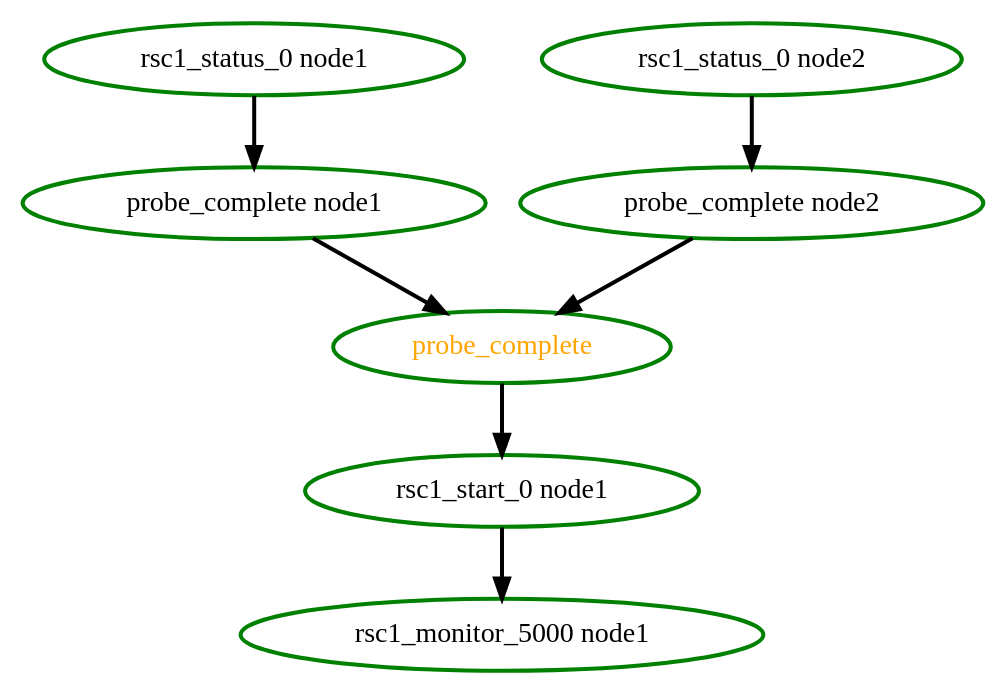
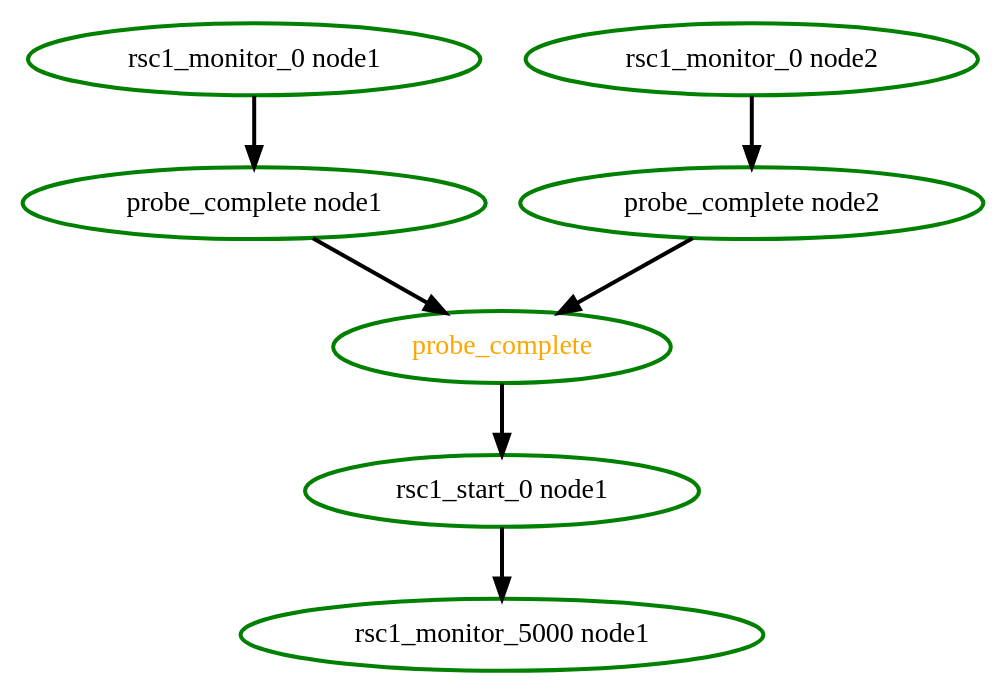
Before and after one commit to richiewen8/heartbeat: the diagram in crm/pengine/testcases/mon-rsc-1.dot, drawn with Graphviz. The commit also changed 147 other files, not shown here.

First line of the commit message:
s/status_0/monitor_0/

```diff
--- a/crm/pengine/testcases/mon-rsc-1.dot
+++ b/crm/pengine/testcases/mon-rsc-1.dot
@@ -1,16 +1,16 @@
 digraph "g" {
 	size = "30,30"
 "probe_complete" [ style=bold color="green" fontcolor="orange" ]
 "probe_complete node1" [ style=bold color="green" fontcolor="black" ]
-"rsc1_status_0 node1" [ style=bold color="green" fontcolor="black" ]
+"rsc1_monitor_0 node1" [ style=bold color="green" fontcolor="black" ]
 "probe_complete node2" [ style=bold color="green" fontcolor="black" ]
-"rsc1_status_0 node2" [ style=bold color="green" fontcolor="black" ]
+"rsc1_monitor_0 node2" [ style=bold color="green" fontcolor="black" ]
 "rsc1_start_0 node1" [ style=bold color="green" fontcolor="black" ]
 "rsc1_monitor_5000 node1" [ style=bold color="green" fontcolor="black" ]
 "probe_complete node1" -> "probe_complete" [ style = bold]
 "probe_complete node2" -> "probe_complete" [ style = bold]
-"rsc1_status_0 node1" -> "probe_complete node1" [ style = bold]
-"rsc1_status_0 node2" -> "probe_complete node2" [ style = bold]
+"rsc1_monitor_0 node1" -> "probe_complete node1" [ style = bold]
+"rsc1_monitor_0 node2" -> "probe_complete node2" [ style = bold]
 "probe_complete" -> "rsc1_start_0 node1" [ style = bold]
 "rsc1_start_0 node1" -> "rsc1_monitor_5000 node1" [ style = bold]
 }
```
